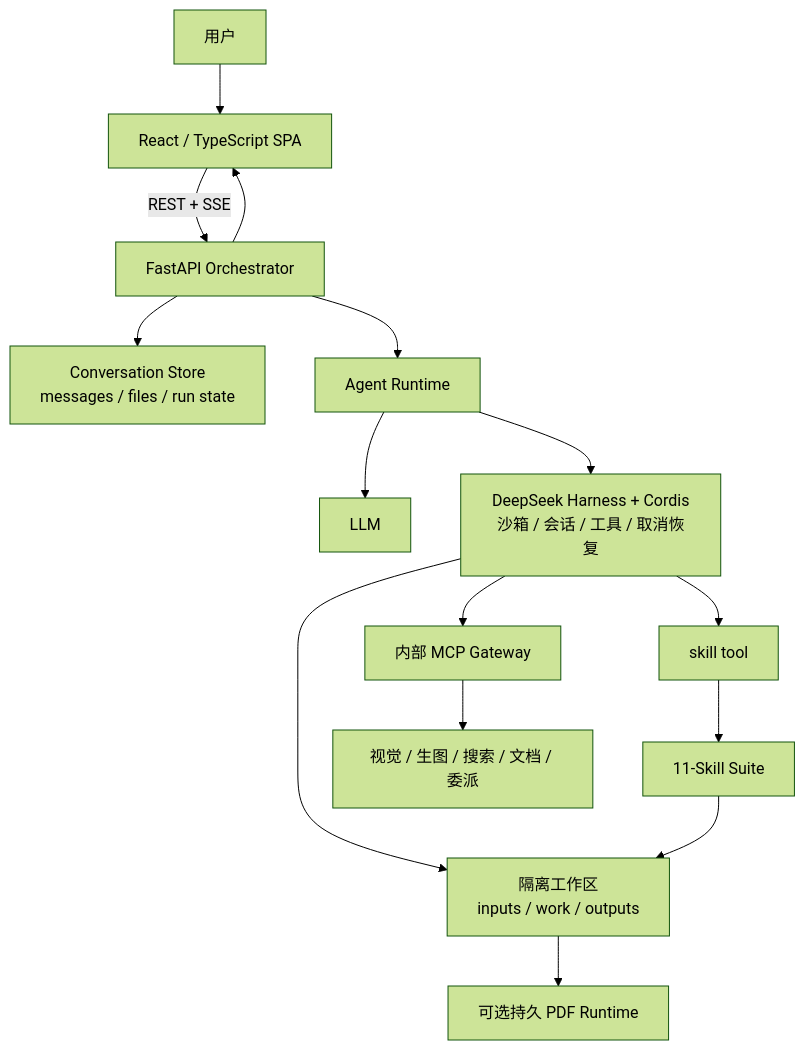
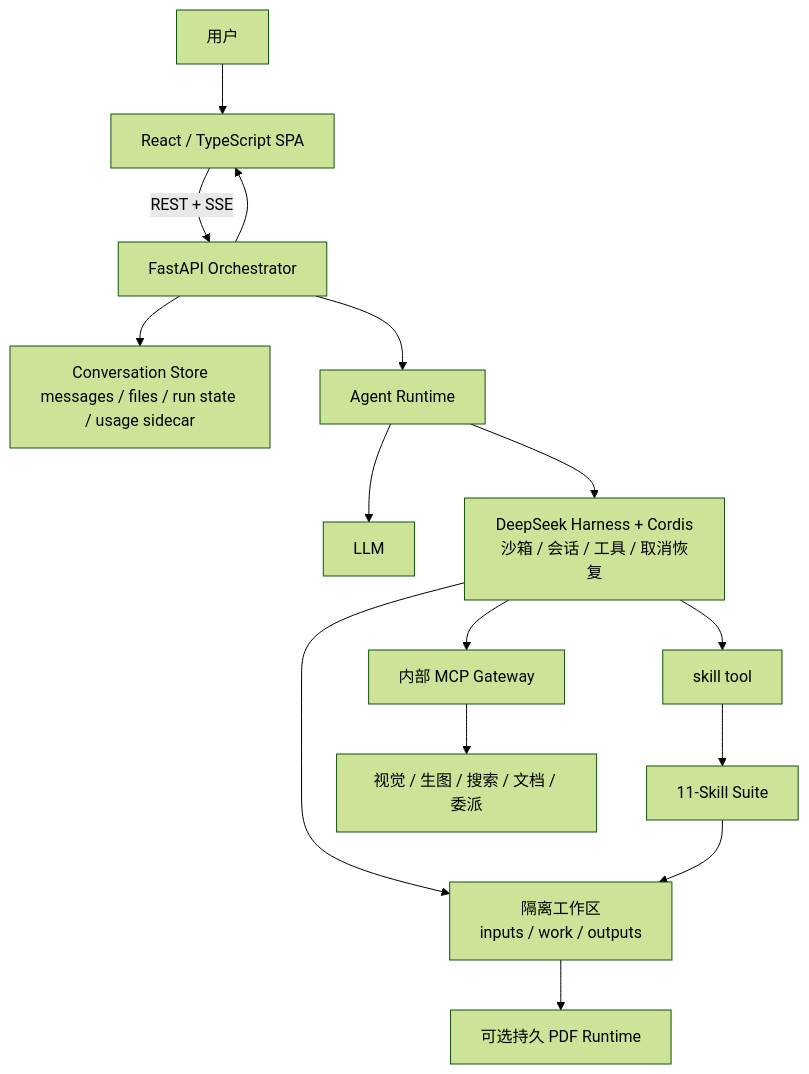
Before and after one commit to manhoolee/Hoosland-real-estate-research-toolset: the diagram in README.md, drawn with Mermaid (forest theme). The commit also changed other lines of this file and 25 other files, not shown here.

Commit message:
feat: show per-conversation token usage

````diff
--- a/README.md
+++ b/README.md
@@ -48,17 +50,17 @@
 ```mermaid
 flowchart TD
   U[用户] --> SPA[React / TypeScript SPA]
   SPA -->|REST + SSE| API[FastAPI Orchestrator]
-  API --> STORE[Conversation Store\nmessages / files / run state]
+  API --> STORE[Conversation Store\nmessages / files / run state / usage sidecar]
   API --> RUNTIME[Agent Runtime]
   RUNTIME --> LLM[LLM]
   RUNTIME --> H[DeepSeek Harness + Cordis\n沙箱 / 会话 / 工具 / 取消恢复]
   H --> ROUTER[skill tool]
   ROUTER --> SUITE[11-Skill Suite]
   H --> MCP[内部 MCP Gateway]
   MCP --> CAPS[视觉 / 生图 / 搜索 / 文档 / 委派]
   H --> WS[隔离工作区\ninputs / work / outputs]
   SUITE --> WS
   WS --> PDF[可选持久 PDF Runtime]
   API --> SPA
 ```
````
